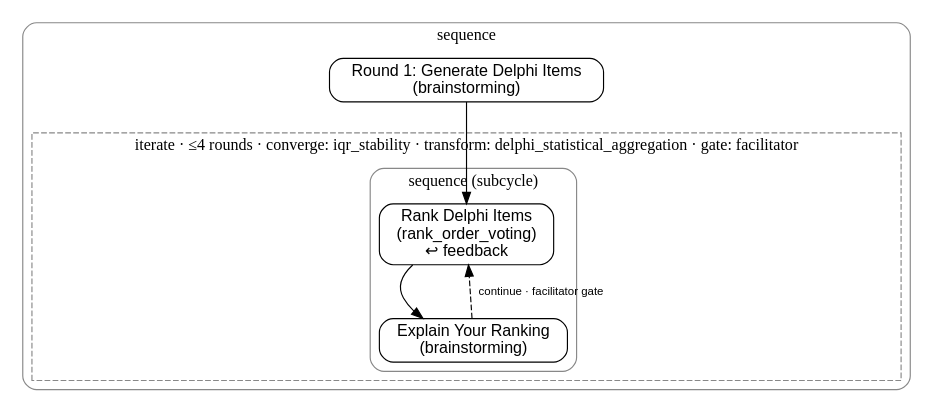
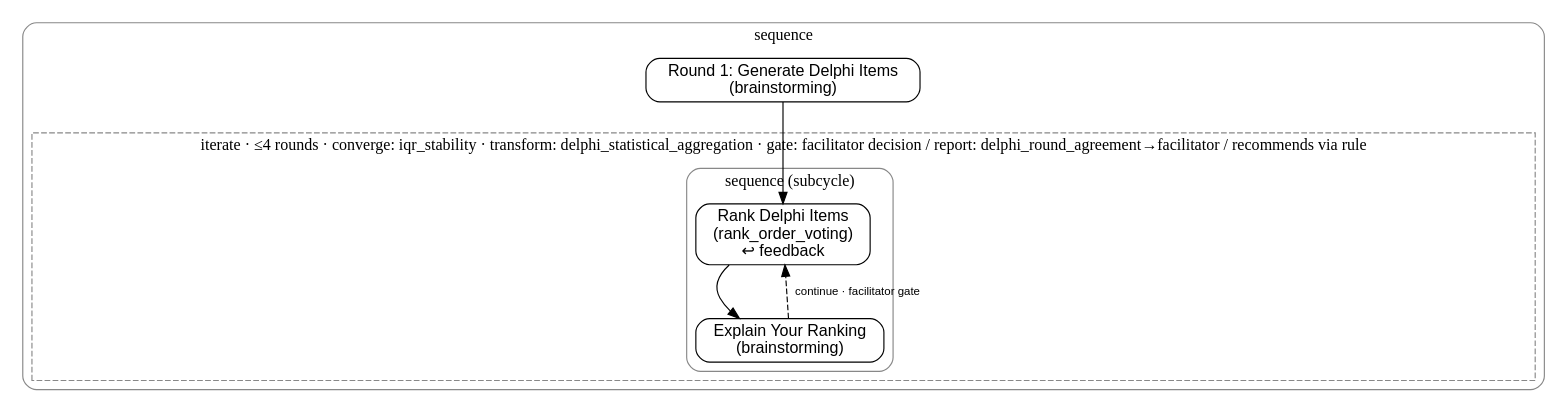
The diagram in docs/figures/delphi.dot (JohnKruse/decidero_gdss_public), drawn with Graphviz before and after one commit. The commit also changed 4 other files, not shown here.

First line of the commit message:
Diagram exporter: surface gate report + recommender; regenerate figures (L)

```diff
--- a/docs/figures/delphi.dot
+++ b/docs/figures/delphi.dot
@@ -1,21 +1,21 @@
 digraph "Classical Delphi" {
     rankdir=TB;
     node [shape=box, style="rounded", fontname="Helvetica"];
     edge [fontname="Helvetica", fontsize=10];
     subgraph cluster_c0 {
         label="sequence"; style="rounded"; color="#888888";
         "n0_0" [label="Round 1: Generate Delphi Items\n(brainstorming)"];
         subgraph cluster_c0_1 {
-            label="iterate · ≤4 rounds · converge: iqr_stability · transform: delphi_statistical_aggregation · gate: facilitator"; style="dashed"; color="#888888";
+            label="iterate · ≤4 rounds · converge: iqr_stability · transform: delphi_statistical_aggregation · gate: facilitator decision / report: delphi_round_agreement→facilitator / recommends via rule"; style="dashed"; color="#888888";
             subgraph cluster_c0_1_0 {
                 label="sequence (subcycle)"; style="rounded"; color="#888888";
                 "n0_1_0_0" [label="Rank Delphi Items\n(rank_order_voting)\n↩ feedback"];
                 "n0_1_0_1" [label="Explain Your Ranking\n(brainstorming)"];
             }
         }
     }
 
     "n0_1_0_0" -> "n0_1_0_1";
     "n0_1_0_1" -> "n0_1_0_0" [style=dashed, constraint=false, label="continue · facilitator gate"];
     "n0_0" -> "n0_1_0_0";
 }
```
